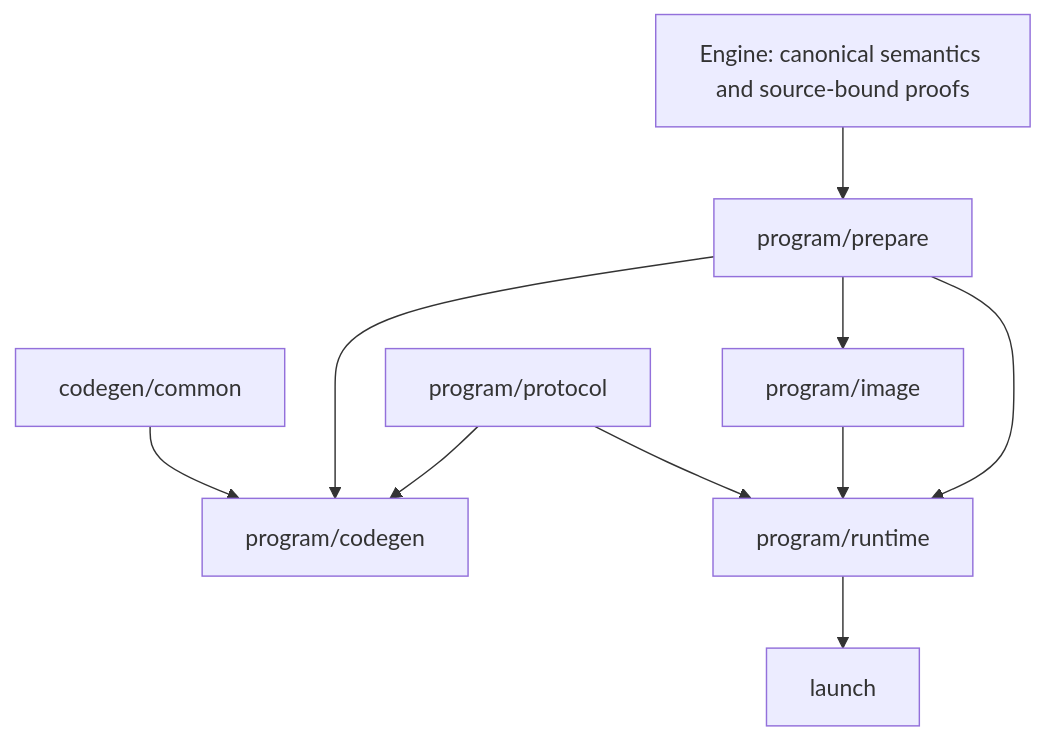
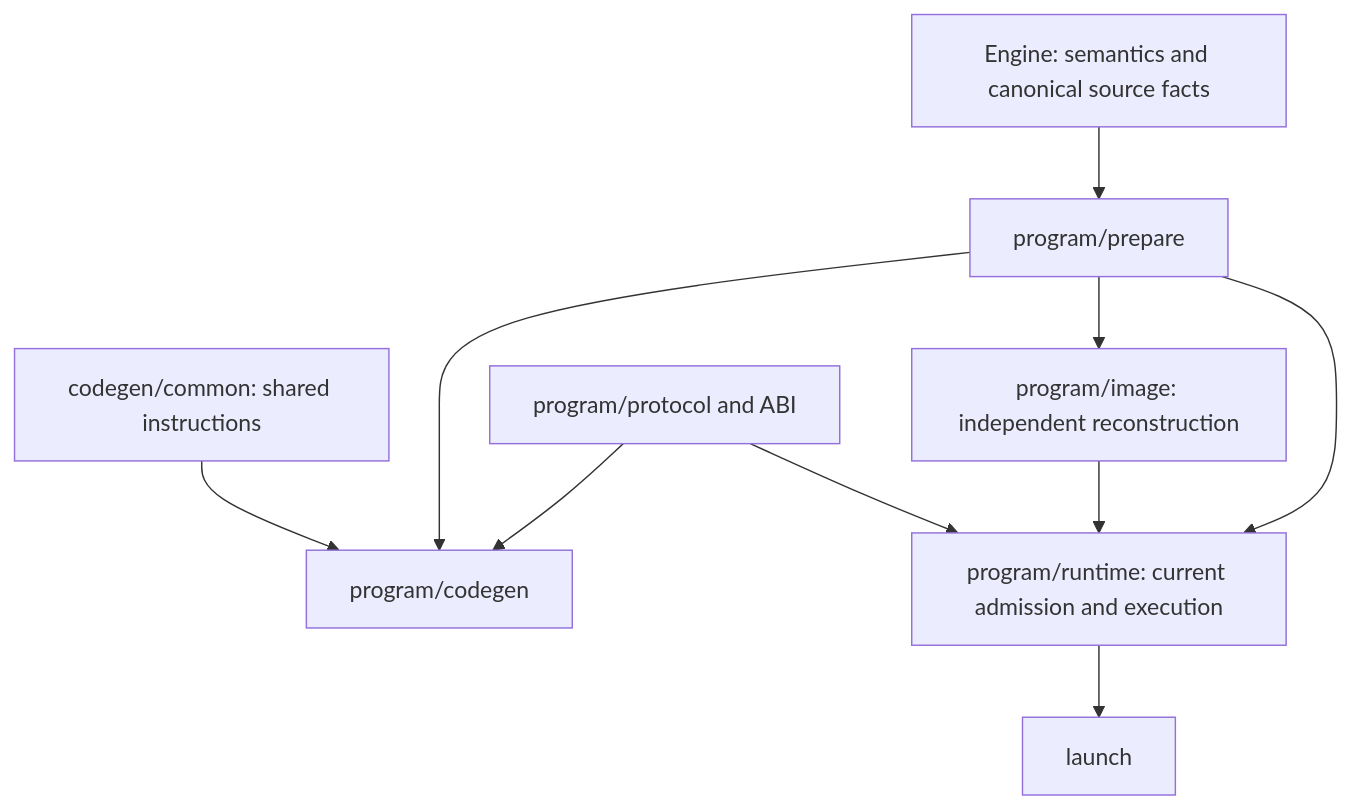
One commit to mech-lang/mech changed the diagram in docs/design/native-compiler-architecture.md. Above: the diagram before and after it, drawn with Mermaid. The commit also changed other lines of this file and 2 other files, not shown here.

````diff
--- a/docs/design/native-compiler-architecture.md
+++ b/docs/design/native-compiler-architecture.md
@@ -24,12 +7,12 @@
 ```mermaid
 flowchart TD
-  E[Engine: canonical semantics and source-bound proofs] --> P[program/prepare]
+  E[Engine: semantics and canonical source facts] --> P[program/prepare]
   P --> C[program/codegen]
-  N[codegen/common] --> C
-  P --> I[program/image]
-  P --> R[program/runtime]
-  Q[program/protocol] --> C
+  N[codegen/common: shared instructions] --> C
+  P --> I[program/image: independent reconstruction]
+  P --> R[program/runtime: current admission and execution]
+  Q[program/protocol and ABI] --> C
   Q --> R
   I --> R
   R --> L[launch]
 ```
````
